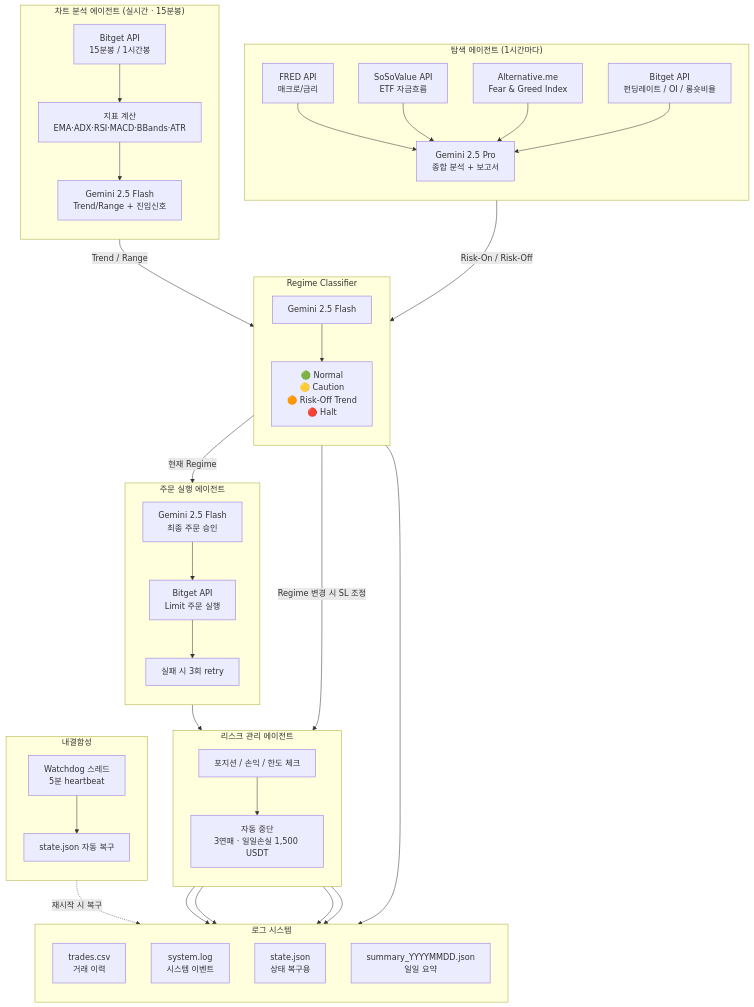
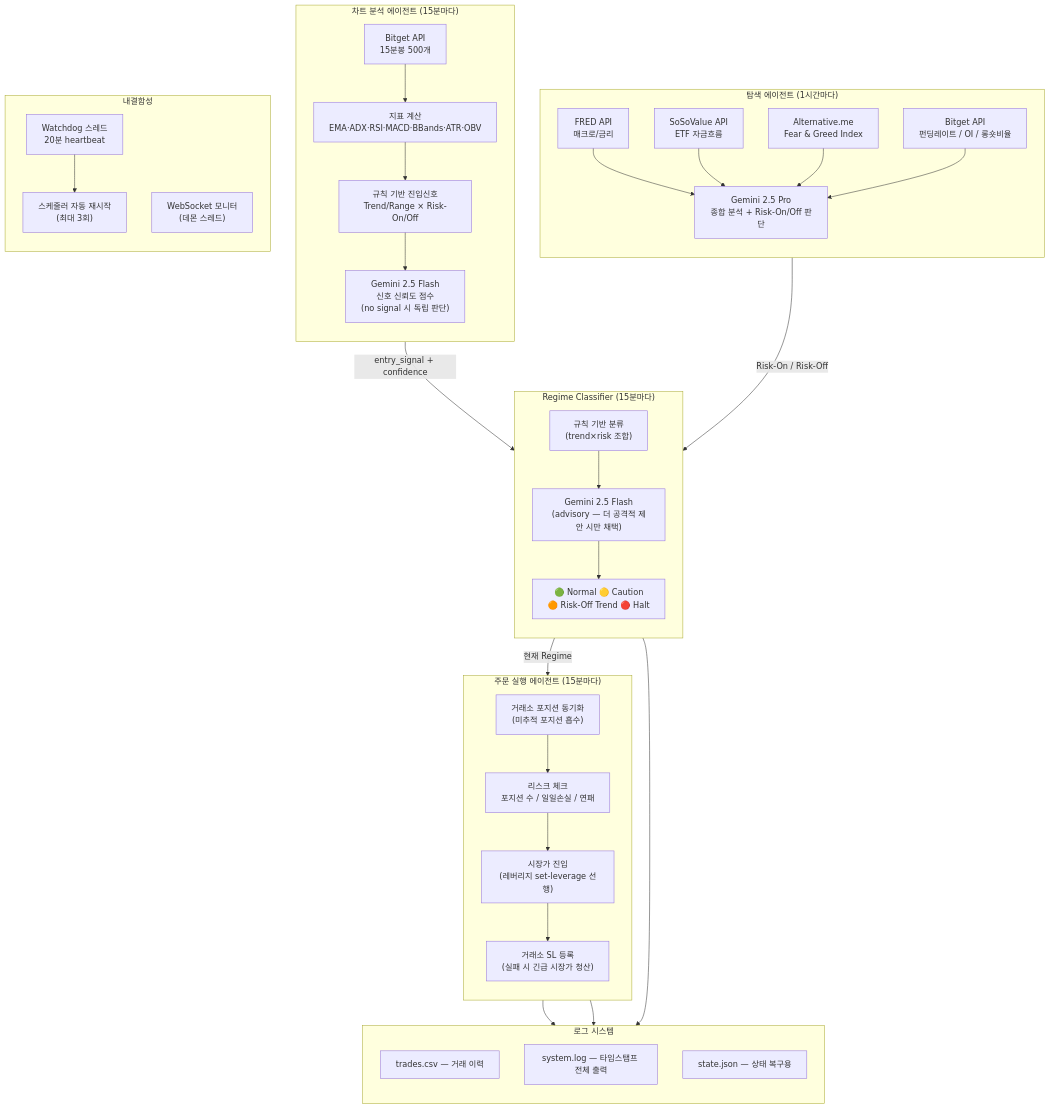
The diagram in README.md (joohyoung99/BitcoinWithAgents), drawn with Mermaid before and after one commit. The commit also changed other lines of this file and 2 other files, not shown here.

Commit message:
docs: README — 실제 코드 기준으로 전면 수정 (레버리지·주문방식·진입조건·Gemini역할)

````diff
--- a/README.md
+++ b/README.md
@@ -9,75 +9,67 @@
 ```mermaid
 flowchart TD
     subgraph EXPLORER["탐색 에이전트 (1시간마다)"]
         direction TB
         FRED["FRED API\n매크로/금리"]
         SOSO["SoSoValue API\nETF 자금흐름"]
         FNG["Alternative.me\nFear & Greed Index"]
         BG_MKT["Bitget API\n펀딩레이트 / OI / 롱숏비율"]
-        PRO["Gemini 2.5 Pro\n종합 분석 + 보고서"]
+        PRO["Gemini 2.5 Pro\n종합 분석 + Risk-On/Off 판단"]
 
         FRED --> PRO
         SOSO --> PRO
         FNG  --> PRO
         BG_MKT --> PRO
     end
 
-    subgraph CHART["차트 분석 에이전트 (실시간 · 15분봉)"]
+    subgraph CHART["차트 분석 에이전트 (15분마다)"]
         direction TB
-        KLINE["Bitget API\n15분봉 / 1시간봉"]
-        IND["지표 계산\nEMA·ADX·RSI·MACD·BBands·ATR"]
-        FLASH_C["Gemini 2.5 Flash\nTrend/Range + 진입신호"]
+        KLINE["Bitget API\n15분봉 500개"]
+        IND["지표 계산\nEMA·ADX·RSI·MACD·BBands·ATR·OBV"]
+        RULE["규칙 기반 진입신호\nTrend/Range × Risk-On/Off"]
+        FLASH_C["Gemini 2.5 Flash\n신호 신뢰도 점수\n(no signal 시 독립 판단)"]
 
-        KLINE --> IND --> FLASH_C
+        KLINE --> IND --> RULE --> FLASH_C
     end
 
-    subgraph REGIME["Regime Classifier"]
+    subgraph REGIME["Regime Classifier (15분마다)"]
         direction TB
-        FLASH_R["Gemini 2.5 Flash"]
-        STATE["🟢 Normal\n🟡 Caution\n🟠 Risk-Off Trend\n🔴 Halt"]
-        FLASH_R --> STATE
+        RULE_R["규칙 기반 분류\n(trend×risk 조합)"]
+        FLASH_R["Gemini 2.5 Flash\n(advisory — 더 공격적 제안 시만 채택)"]
+        STATE["🟢 Normal  🟡 Caution\n🟠 Risk-Off Trend  🔴 Halt"]
+
+        RULE_R --> FLASH_R --> STATE
     end
 
-    subgraph EXEC["주문 실행 에이전트"]
+    subgraph EXEC["주문 실행 에이전트 (15분마다)"]
         direction TB
-        FLASH_E["Gemini 2.5 Flash\n최종 주문 승인"]
-        ORDER["Bitget API\nLimit 주문 실행"]
-        RETRY["실패 시 3회 retry"]
+        SYNC["거래소 포지션 동기화\n(미추적 포지션 흡수)"]
+        RISK_CHK["리스크 체크\n포지션 수 / 일일손실 / 연패"]
+        ENTRY["시장가 진입\n(레버리지 set-leverage 선행)"]
+        SL["거래소 SL 등록\n(실패 시 긴급 시장가 청산)"]
 
-        FLASH_E --> ORDER --> RETRY
-    end
-
-    subgraph RISK["리스크 관리 에이전트"]
-        direction TB
-        CHECK["포지션 / 손익 / 한도 체크"]
-        STOP["자동 중단\n3연패 · 일일손실 1,500 USDT"]
-        CHECK --> STOP
+        SYNC --> RISK_CHK --> ENTRY --> SL
     end
 
     subgraph LOG["로그 시스템"]
         direction TB
-        CSV["trades.csv\n거래 이력"]
-        SYSLOG["system.log\n시스템 이벤트"]
-        STATE_F["state.json\n상태 복구용"]
-        SUM["summary_YYYYMMDD.json\n일일 요약"]
+        CSV["trades.csv — 거래 이력"]
+        SYSLOG["system.log — 타임스탬프 전체 출력"]
+        STATE_F["state.json — 상태 복구용"]
     end
 
     subgraph FAULT["내결함성"]
         direction TB
-        WD["Watchdog 스레드\n5분 heartbeat"]
-        RECOVER["state.json 자동 복구"]
-        WD --> RECOVER
+        WD["Watchdog 스레드\n20분 heartbeat"]
+        RESTART["스케줄러 자동 재시작\n(최대 3회)"]
+        WS["WebSocket 모니터\n(데몬 스레드)"]
+        WD --> RESTART
     end
 
-    PRO       -->|"Risk-On / Risk-Off"| FLASH_R
-    FLASH_C   -->|"Trend / Range"| FLASH_R
-    STATE     -->|"현재 Regime"| FLASH_E
-    STATE     -->|"Regime 변경 시 SL 조정"| CHECK
-    ORDER     --> CHECK
-    CHECK     --> CSV
-    CHECK     --> SYSLOG
+    PRO       -->|"Risk-On / Risk-Off"| RULE_R
+    FLASH_C   -->|"entry_signal + confidence"| RULE_R
+    STATE     -->|"현재 Regime"| SYNC
+    ENTRY     --> CSV
+    ENTRY     --> SYSLOG
     STATE     --> STATE_F
-    STOP      --> SYSLOG
-    CHECK     --> SUM
-    FAULT     -.->|"재시작 시 복구"| STATE_F
 ```
````
